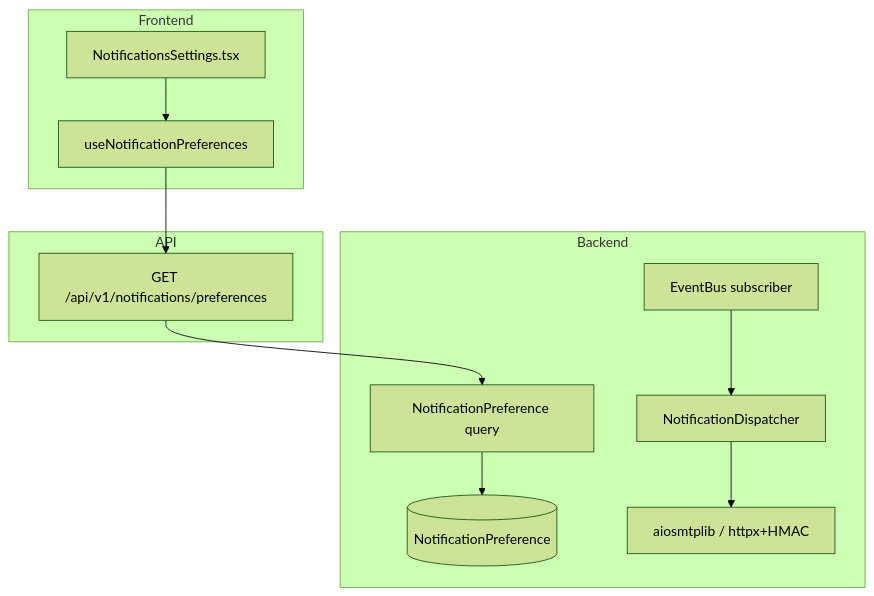
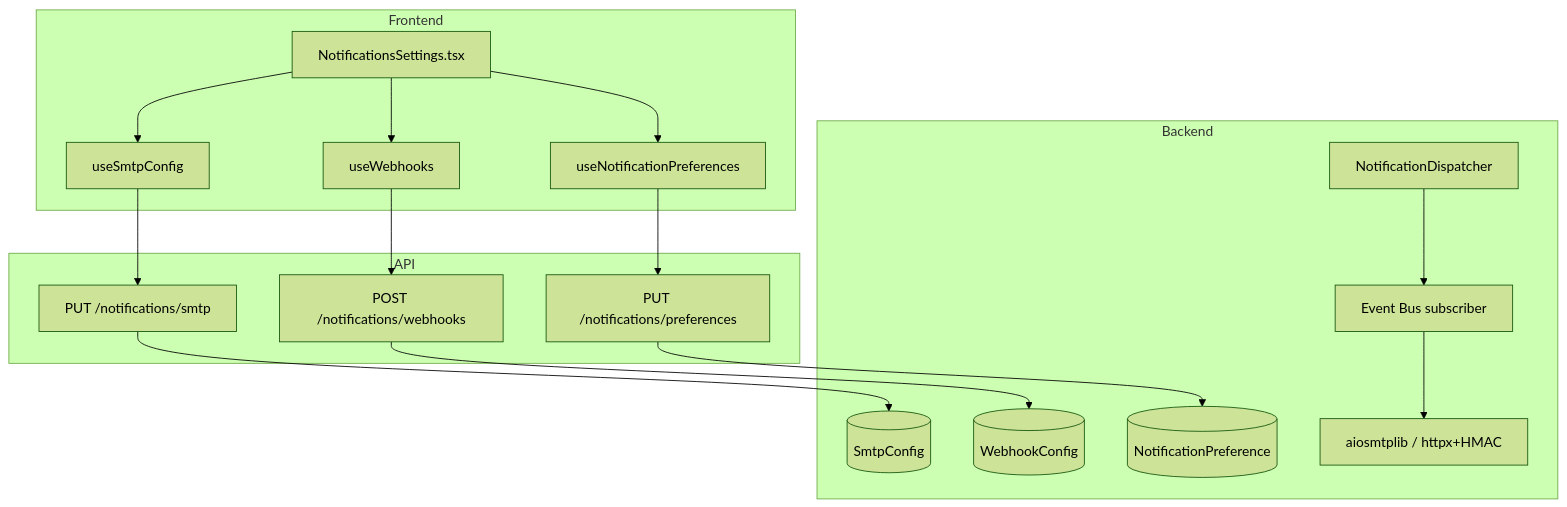
One commit to saturnis-io/cassini changed the first of 2 diagrams in .knowledge/features/notifications.md. Above: the diagram before and after it, drawn with Mermaid (forest theme). The commit also changed other lines of this file and 16 other files, not shown here.

First line of the commit message:
knowledge-graph: regenerate

````diff
--- a/.knowledge/features/notifications.md
+++ b/.knowledge/features/notifications.md
@@ -5,15 +5,20 @@
 ```mermaid
 flowchart TD
     subgraph Frontend
-        C1[NotificationsSettings.tsx] --> H1[useNotificationPreferences]
+        C1[NotificationsSettings.tsx] --> H1[useSmtpConfig]
+        C1 --> H2[useWebhooks]
+        C1 --> H3[useNotificationPreferences]
     end
     subgraph API
-        H1 --> E1[GET /api/v1/notifications/preferences]
+        H1 --> E1[PUT /notifications/smtp]
+        H2 --> E2[POST /notifications/webhooks]
+        H3 --> E3[PUT /notifications/preferences]
     end
     subgraph Backend
-        E1 --> R1[NotificationPreference query]
-        R1 --> M1[(NotificationPreference)]
-        S1[EventBus subscriber] --> S2[NotificationDispatcher]
+        E1 --> M1[(SmtpConfig)]
+        E2 --> M2[(WebhookConfig)]
+        E3 --> M3[(NotificationPreference)]
+        S1[NotificationDispatcher] --> S2[Event Bus subscriber]
         S2 --> S3[aiosmtplib / httpx+HMAC]
     end
 ```
````
